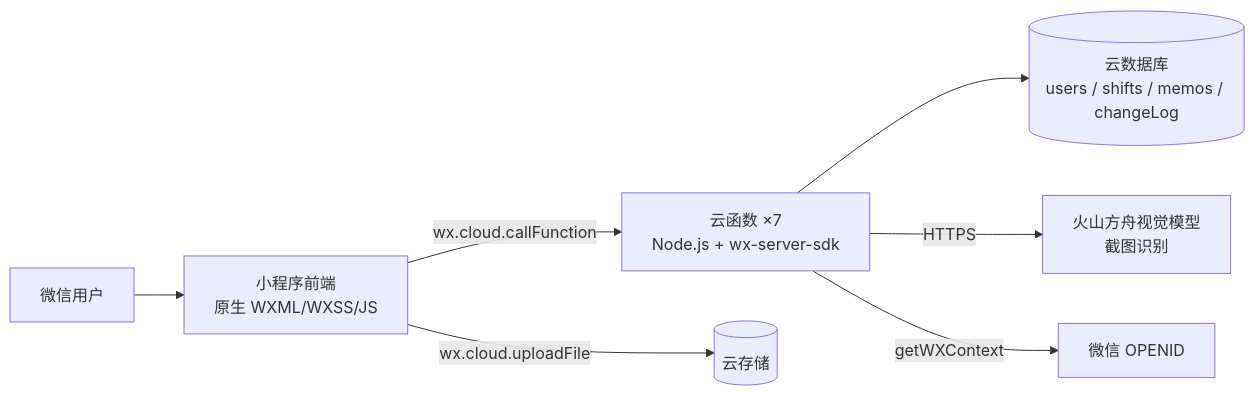
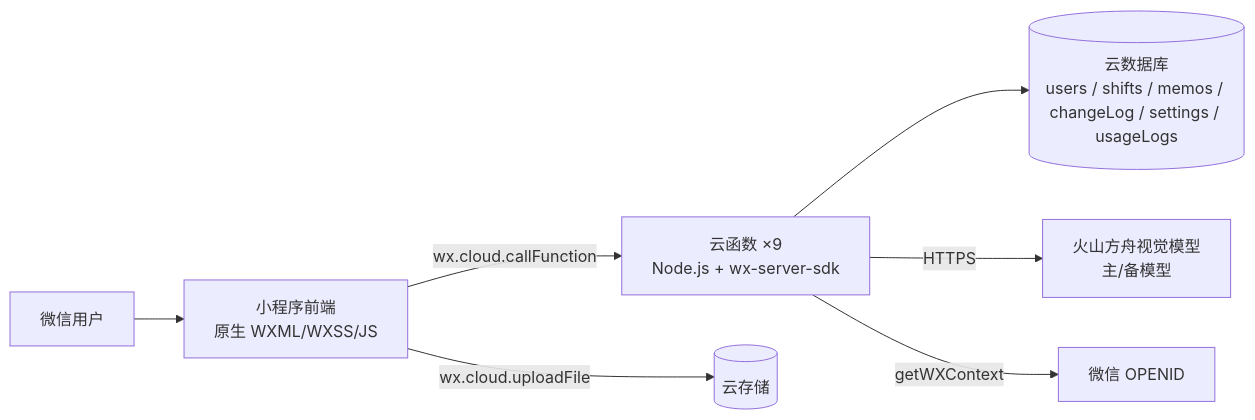
One commit to linyidong/paiban-xiaochengxu changed the diagram in README.md. Above: the diagram before and after it, drawn with Mermaid. The commit also changed other lines of this file and 6 other files, not shown here.

````diff
--- a/README.md
+++ b/README.md
@@ -51,9 +49,9 @@
 ```mermaid
 flowchart LR
   U[微信用户] --> MP[小程序前端<br/>原生 WXML/WXSS/JS]
-  MP -->|wx.cloud.callFunction| CF[云函数 ×7<br/>Node.js + wx-server-sdk]
+  MP -->|wx.cloud.callFunction| CF[云函数 ×9<br/>Node.js + wx-server-sdk]
   MP -->|wx.cloud.uploadFile| CS[(云存储)]
-  CF --> DB[(云数据库<br/>users / shifts / memos / changeLog)]
-  CF -->|HTTPS| ARK[火山方舟视觉模型<br/>截图识别]
+  CF --> DB[(云数据库<br/>users / shifts / memos / changeLog / settings / usageLogs)]
+  CF -->|HTTPS| ARK[火山方舟视觉模型<br/>主/备模型]
   CF -->|getWXContext| WX[微信 OPENID]
 ```
````
